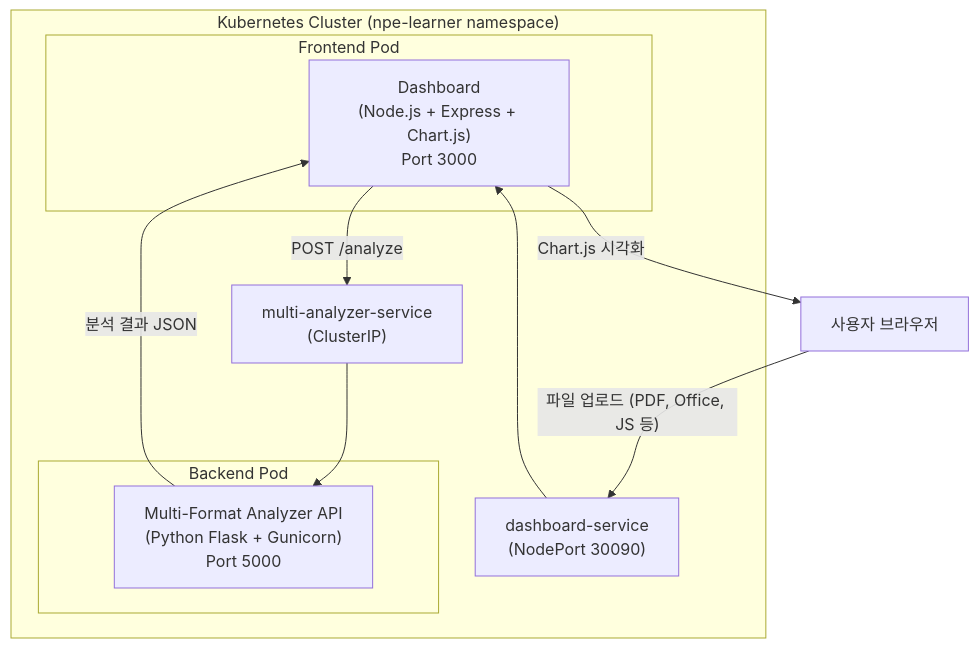
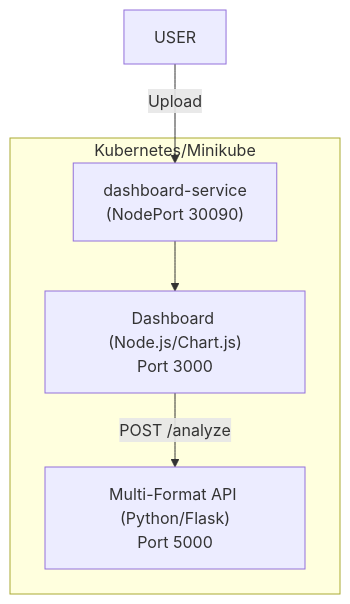
One commit to marcushyungseok/Triangle-AI changed the second of 2 diagrams in README.md. Above: the diagram before and after it, drawn with Mermaid. The commit also changed other lines of this file and 3 other files, not shown here.

````diff
--- a/README.md
+++ b/README.md
@@ -539,20 +136,11 @@
 ```mermaid
 graph TB
-    subgraph "Kubernetes Cluster (npe-learner namespace)"
-        subgraph "Frontend Pod"
-            DASH["Dashboard<br/>(Node.js + Express + Chart.js)<br/>Port 3000"]
-        end
-        subgraph "Backend Pod"
-            API["Multi-Format Analyzer API<br/>(Python Flask + Gunicorn)<br/>Port 5000"]
-        end
+    subgraph "Kubernetes/Minikube"
+        DASH["Dashboard (Node.js/Chart.js)<br/>Port 3000"]
+        API["Multi-Format API (Python/Flask)<br/>Port 5000"]
         DASH_SVC["dashboard-service<br/>(NodePort 30090)"]
-        API_SVC["multi-analyzer-service<br/>(ClusterIP)"]
     end
-
-    USER["사용자 브라우저"] -->|"파일 업로드 (PDF, Office, JS 등)"| DASH_SVC
+    USER -->|Upload| DASH_SVC
     DASH_SVC --> DASH
-    DASH -->|"POST /analyze"| API_SVC
-    API_SVC --> API
-    API -->|"분석 결과 JSON"| DASH
-    DASH -->|"Chart.js 시각화"| USER
+    DASH -->|POST /analyze| API
 ```
````
